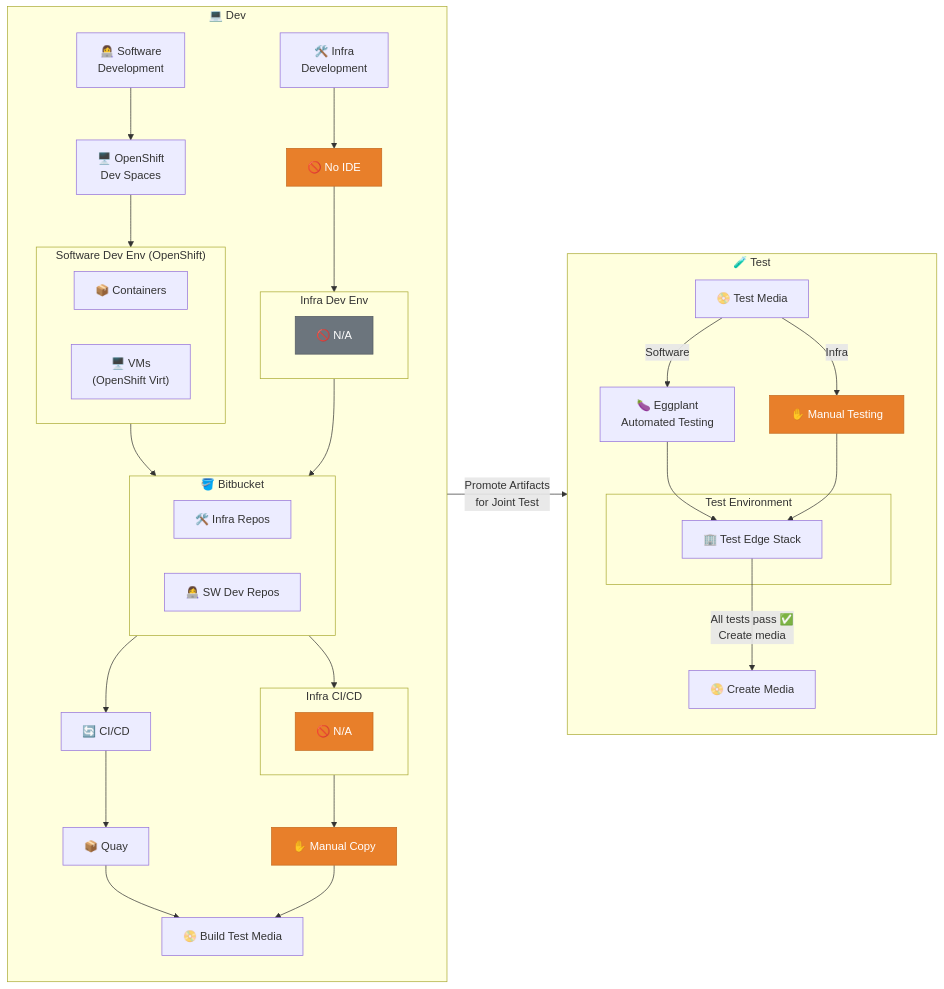
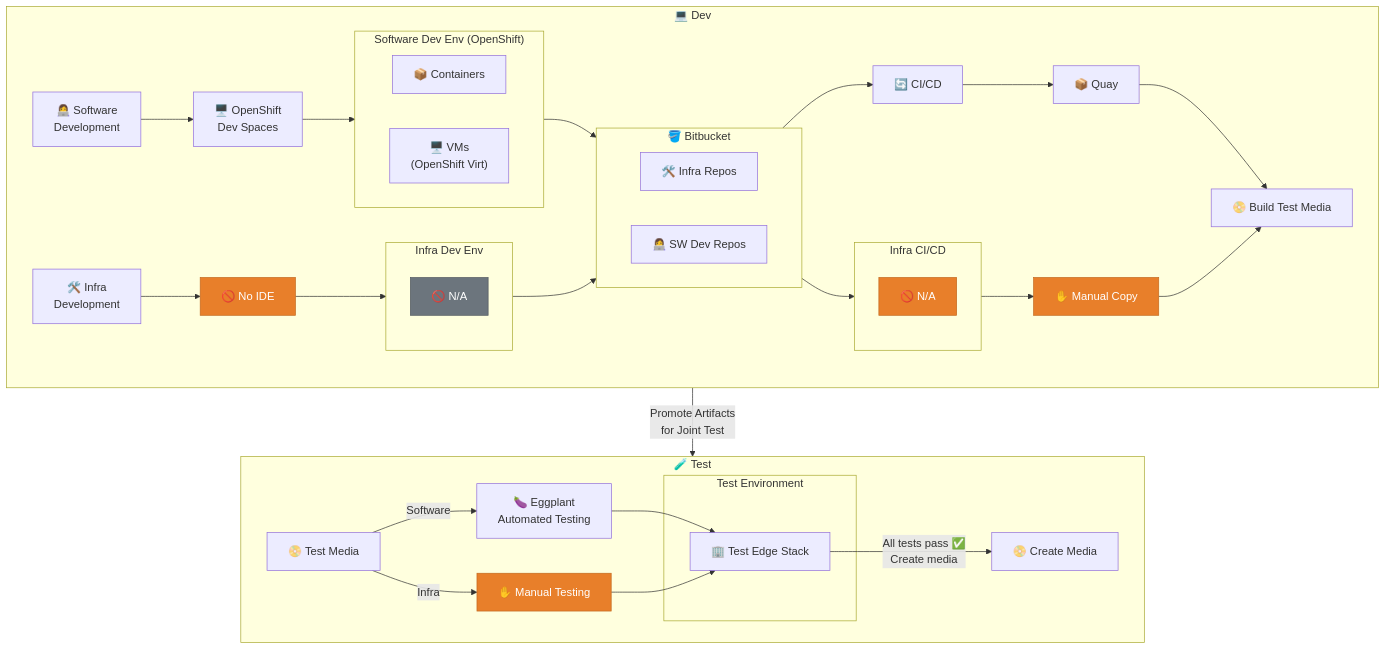
One commit to christophermay07/platform-evolution-diagrams changed the diagram in dev-test/architecture-devtest-target-state.md. Above: the diagram before and after it, drawn with Mermaid.

Commit message:
Switch direction of chart, to display better on a slide

````diff
--- a/dev-test/architecture-devtest-target-state.md
+++ b/dev-test/architecture-devtest-target-state.md
@@ -1,10 +1,10 @@
 ```mermaid 
-graph LR
+graph TB
     %% =====================
     %% Dev Workflow
     %% =====================
     subgraph Dev["💻 Dev"]
-        direction TB
+        direction LR
 
         %% Node: Teams %%
         %% These are the starting points for the workflow -- represents the teams doing the work
@@ -88,7 +88,7 @@
     %% Test Workflow
     %% =====================
     subgraph Test["🧪 Test"]
-        direction TB
+        direction LR
 
         %% Node: Test Media %%
         %% This represents the media that was created at the end of the dev process, and delivered as disconnected media
````
